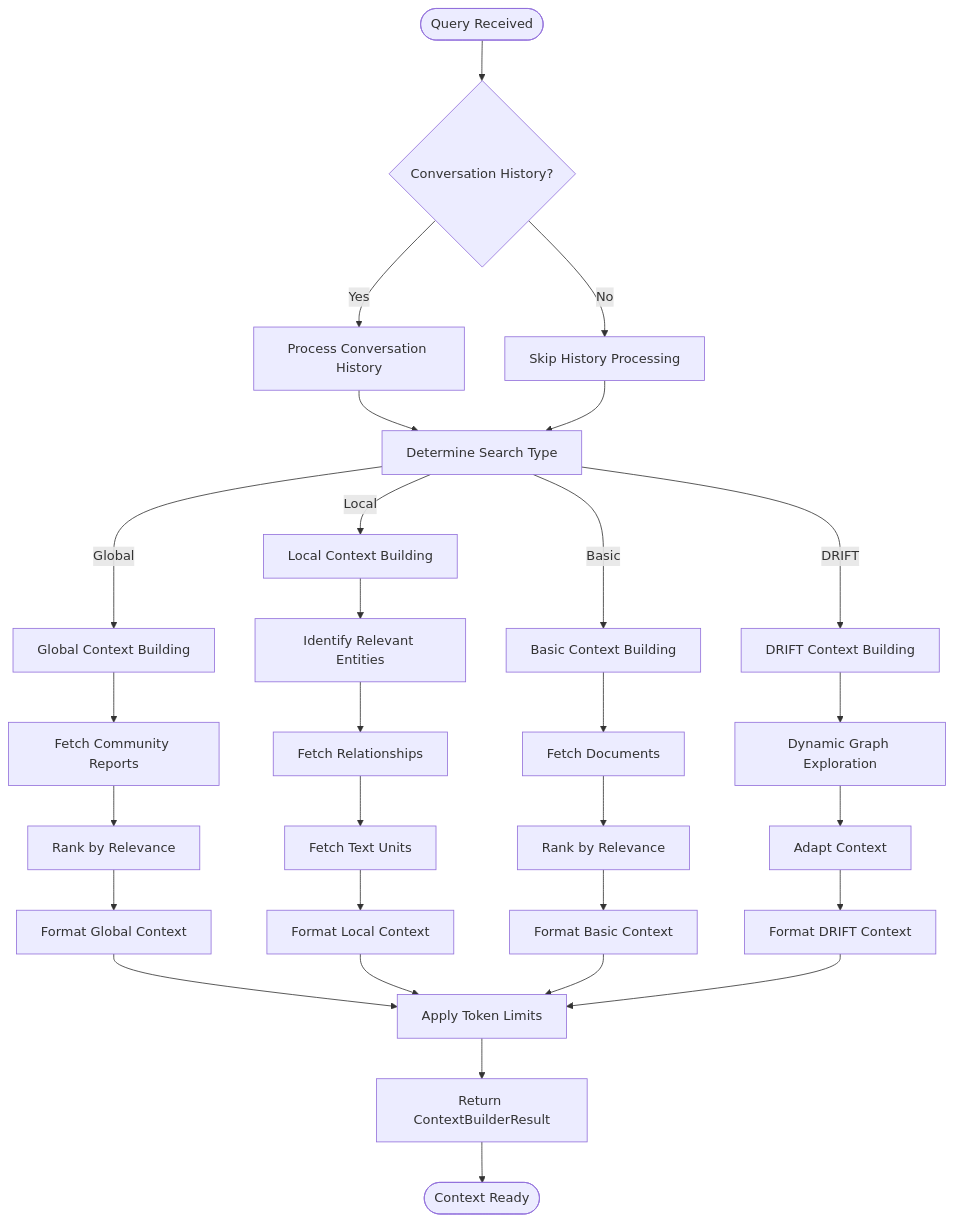
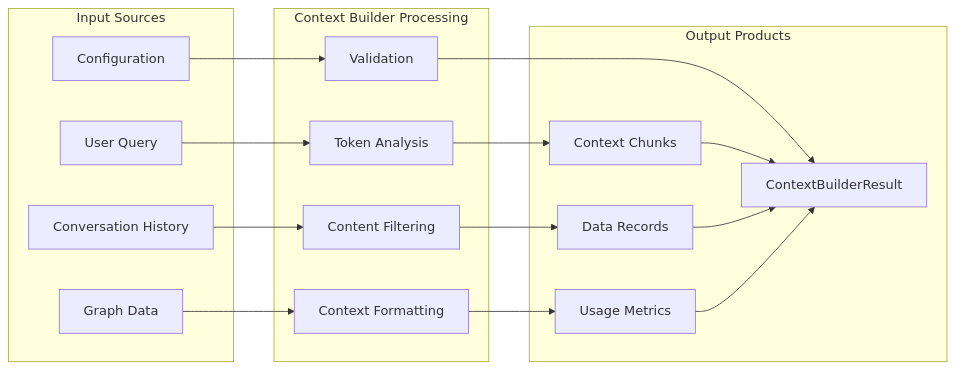
Before and after one commit to FSoft-AI4Code/codewiki-demo: the third of 5 diagrams in docs/microsoft--graphrag-docs/context_builder.md, drawn with Mermaid. The commit also changed other lines of this file and 1103 other files, not shown here.

````diff
--- a/docs/microsoft--graphrag-docs/context_builder.md
+++ b/docs/microsoft--graphrag-docs/context_builder.md
@@ -192,41 +125,37 @@
 ```mermaid
-flowchart TD
-    Start([Query Received])
-    --> CheckHistory{Conversation History?}
+graph LR
+    subgraph "Input Sources"
+        Query[User Query]
+        History[Conversation History]
+        Graph[Graph Data]
+        Config[Configuration]
+    end
     
-    CheckHistory -->|Yes| ProcessHistory[Process Conversation History]
-    CheckHistory -->|No| SkipHistory[Skip History Processing]
+    subgraph "Context Builder Processing"
+        Tokenize[Token Analysis]
+        Filter[Content Filtering]
+        Format[Context Formatting]
+        Validate[Validation]
+    end
     
-    ProcessHistory --> DetermineSearch[Determine Search Type]
-    SkipHistory --> DetermineSearch
+    subgraph "Output Products"
+        Chunks[Context Chunks]
+        Records[Data Records]
+        Metrics[Usage Metrics]
+        Result[ContextBuilderResult]
+    end
     
-    DetermineSearch -->|Global| GlobalPath[Global Context Building]
-    DetermineSearch -->|Local| LocalPath[Local Context Building]
-    DetermineSearch -->|Basic| BasicPath[Basic Context Building]
-    DetermineSearch -->|DRIFT| DRIFTPath[DRIFT Context Building]
+    Query --> Tokenize
+    History --> Filter
+    Graph --> Format
+    Config --> Validate
     
-    GlobalPath --> FetchCommunities[Fetch Community Reports]
-    FetchCommunities --> RankCommunities[Rank by Relevance]
-    RankCommunities --> FormatGlobal[Format Global Context]
+    Tokenize --> Chunks
+    Filter --> Records
+    Format --> Metrics
+    Validate --> Result
     
-    LocalPath --> IdentifyEntities[Identify Relevant Entities]
-    IdentifyEntities --> FetchRelationships[Fetch Relationships]
-    FetchRelationships --> FetchTextUnits[Fetch Text Units]
-    FetchTextUnits --> FormatLocal[Format Local Context]
-    
-    BasicPath --> FetchDocuments[Fetch Documents]
-    FetchDocuments --> RankDocuments[Rank by Relevance]
-    RankDocuments --> FormatBasic[Format Basic Context]
-    
-    DRIFTPath --> DynamicExplore[Dynamic Graph Exploration]
-    DynamicExplore --> AdaptContext[Adapt Context]
-    AdaptContext --> FormatDRIFT[Format DRIFT Context]
-    
-    FormatGlobal --> ApplyLimits[Apply Token Limits]
-    FormatLocal --> ApplyLimits
-    FormatBasic --> ApplyLimits
-    FormatDRIFT --> ApplyLimits
-    
-    ApplyLimits --> ReturnResult[Return ContextBuilderResult]
-    ReturnResult --> End([Context Ready])
+    Chunks --> Result
+    Records --> Result
+    Metrics --> Result
 ```
````
